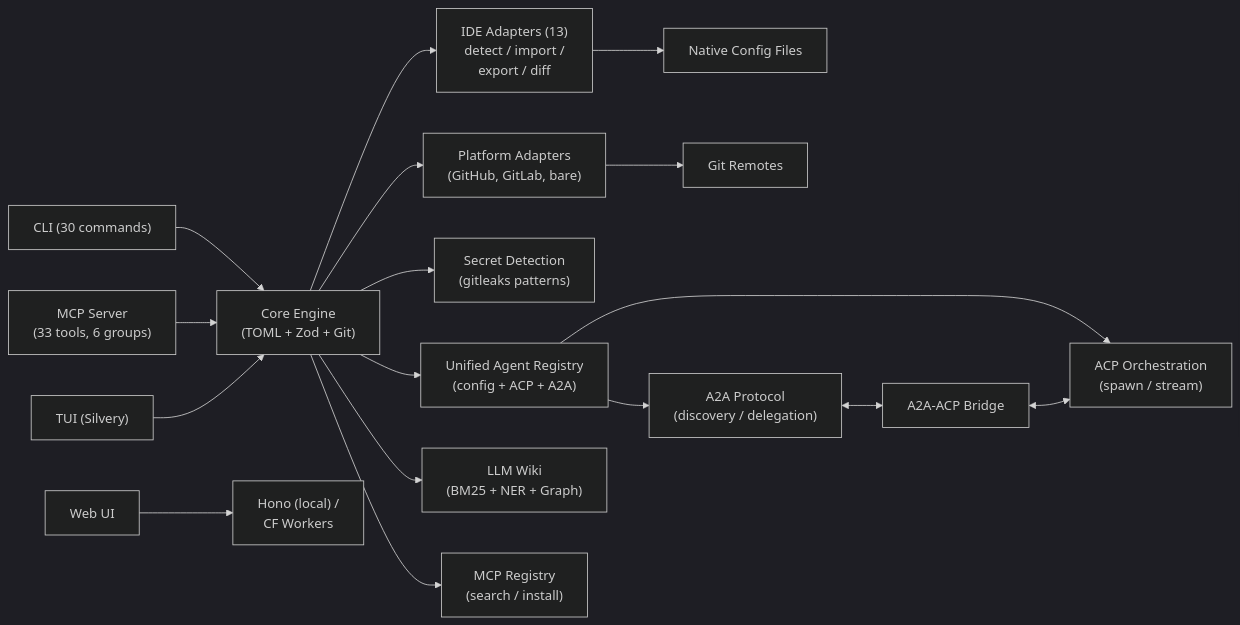
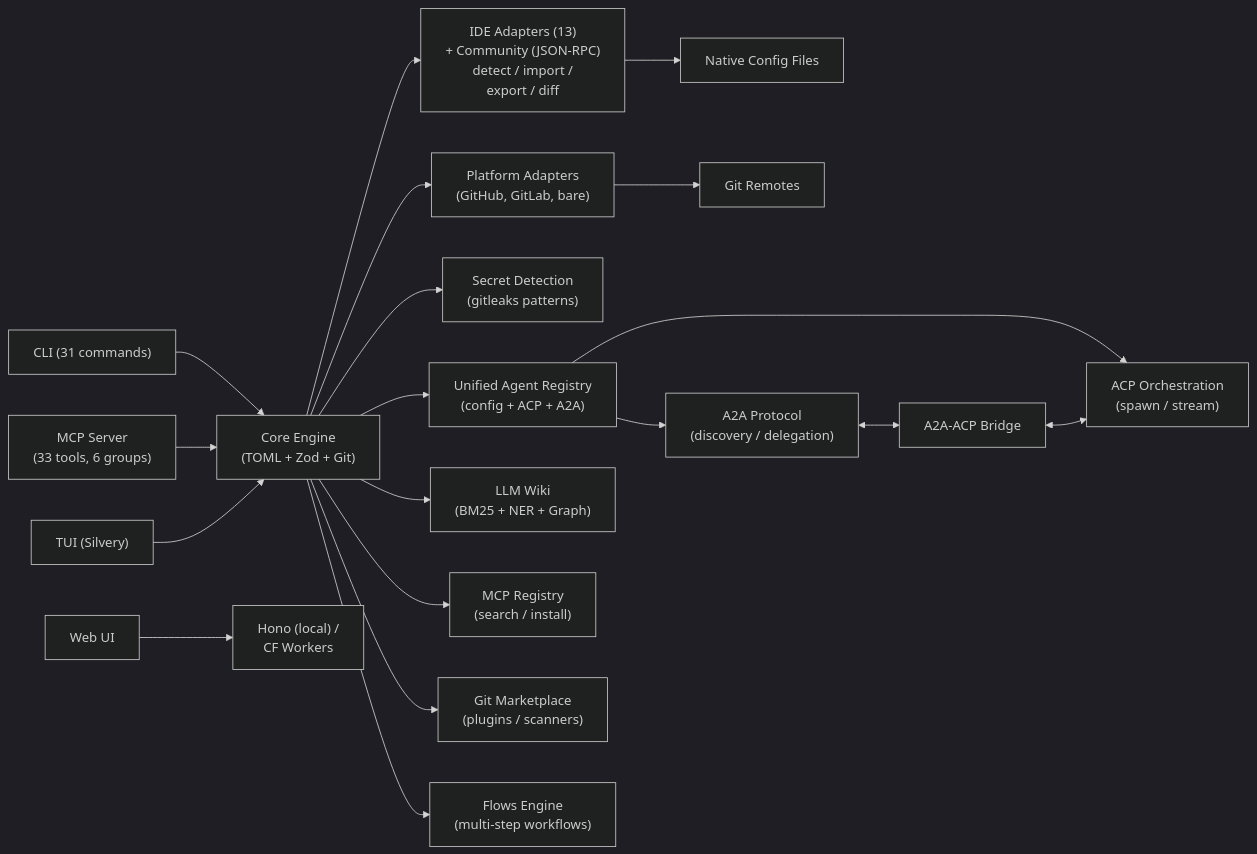
One commit to Codeseys-Labs/agent-manager changed the diagram in README.md. Above: the diagram before and after it, drawn with Mermaid (dark theme). The commit also changed other lines of this file and 26 other files, not shown here.

First line of the commit message:
feat: iteration 10 — security hardening, git marketplace, medium fixes, docs

````diff
--- a/README.md
+++ b/README.md
@@ -596,22 +677,24 @@
 ```mermaid
 graph LR
-    CLI["CLI (30 commands)"] --> Core["Core Engine<br/>(TOML + Zod + Git)"]
+    CLI["CLI (31 commands)"] --> Core["Core Engine<br/>(TOML + Zod + Git)"]
     MCP["MCP Server<br/>(33 tools, 6 groups)"] --> Core
     TUI["TUI (Silvery)"] --> Core
     Web["Web UI"] --> Hono["Hono (local) /<br/>CF Workers"]
 
-    Core --> Adapters["IDE Adapters (13)<br/>detect / import /<br/>export / diff"]
+    Core --> Adapters["IDE Adapters (13)<br/>+ Community (JSON-RPC)<br/>detect / import /<br/>export / diff"]
     Core --> Platform["Platform Adapters<br/>(GitHub, GitLab, bare)"]
     Core --> Secrets["Secret Detection<br/>(gitleaks patterns)"]
     Core --> AgentReg["Unified Agent Registry<br/>(config + ACP + A2A)"]
 
     Adapters --> Native["Native Config Files"]
     Platform --> Remote["Git Remotes"]
 
     Core --> Wiki["LLM Wiki<br/>(BM25 + NER + Graph)"]
     Core --> Registry["MCP Registry<br/>(search / install)"]
+    Core --> Marketplace["Git Marketplace<br/>(plugins / scanners)"]
+    Core --> Flows["Flows Engine<br/>(multi-step workflows)"]
 
     AgentReg --> A2A["A2A Protocol<br/>(discovery / delegation)"]
     AgentReg --> ACP["ACP Orchestration<br/>(spawn / stream)"]
     A2A <--> Bridge["A2A-ACP Bridge"] <--> ACP
 ```
````
